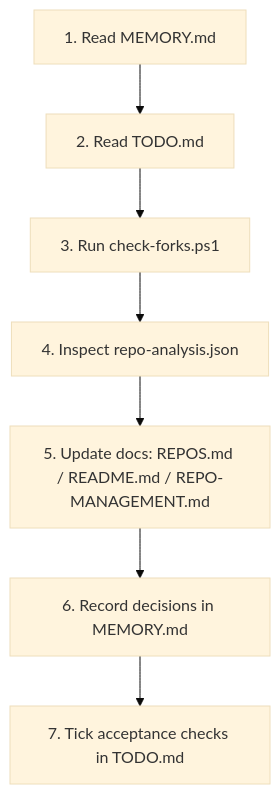
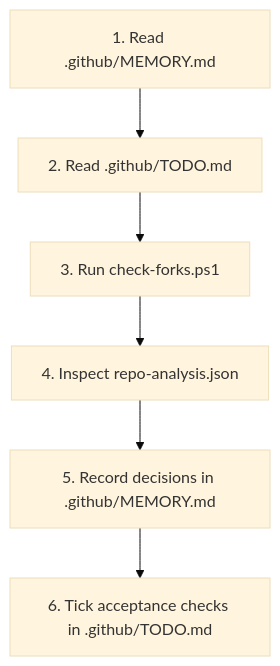
Before and after one commit to fabioc-aloha/fabioc-aloha: the second of 3 diagrams in COGNITIVE.md, drawn with Mermaid (base theme). The commit also changed other lines of this file and 5 other files, not shown here.

Commit message:
docs: move MEMORY/TODO to .github; update synapses and diagrams; stub root files; keep JSON emoji-free

````diff
--- a/COGNITIVE.md
+++ b/COGNITIVE.md
@@ -73,12 +66,11 @@
 ```mermaid
 flowchart TD
-  s1[1. Read MEMORY.md]
-  s2[2. Read TODO.md]
+  s1[1. Read .github/MEMORY.md]
+  s2[2. Read .github/TODO.md]
   s3[3. Run check-forks.ps1]
   s4[4. Inspect repo-analysis.json]
-  s5[5. Update docs: REPOS.md / README.md / REPO-MANAGEMENT.md]
-  s6[6. Record decisions in MEMORY.md]
-  s7[7. Tick acceptance checks in TODO.md]
+  s5[5. Record decisions in .github/MEMORY.md]
+  s6[6. Tick acceptance checks in .github/TODO.md]
 
-  s1 --> s2 --> s3 --> s4 --> s5 --> s6 --> s7
+  s1 --> s2 --> s3 --> s4 --> s5 --> s6
 ```
````
